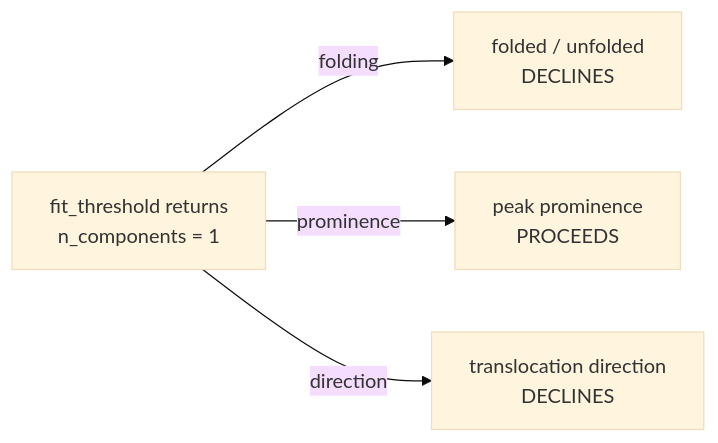
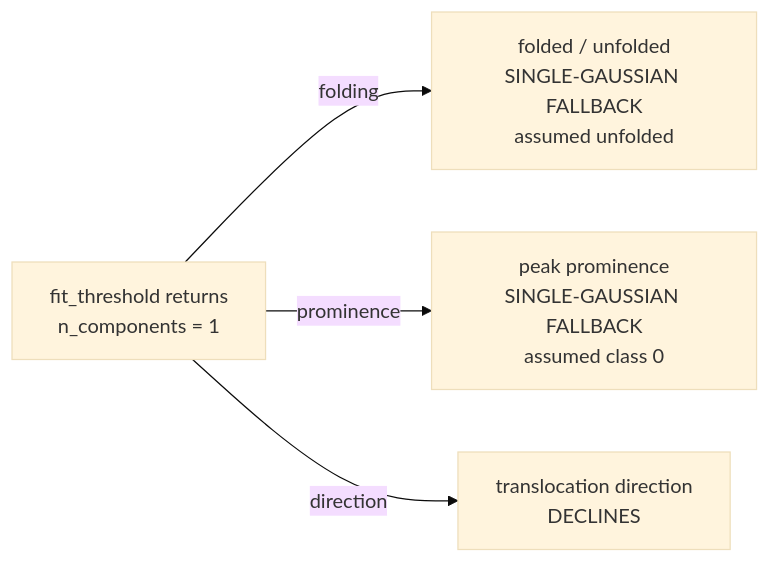
Before and after one commit to TCossaLab/poriscope: the third of 3 diagrams in fit_fallbacks.md, drawn with Mermaid (base theme). The commit also changed other lines of this file and 3 other files, not shown here.

Commit message:
plot overlay error fix and one population folding and prominence fallback

````diff
--- a/fit_fallbacks.md
+++ b/fit_fallbacks.md
@@ -231,6 +231,6 @@
 ```mermaid
 flowchart LR
-    F["fit_threshold returns<br/>n_components = 1"] -->|folding| A["folded / unfolded<br/>DECLINES"]
-    F -->|prominence| B["peak prominence<br/>PROCEEDS"]
+    F["fit_threshold returns<br/>n_components = 1"] -->|folding| A["folded / unfolded<br/>SINGLE-GAUSSIAN FALLBACK<br/>assumed unfolded"]
+    F -->|prominence| B["peak prominence<br/>SINGLE-GAUSSIAN FALLBACK<br/>assumed class 0"]
     F -->|direction| C["translocation direction<br/>DECLINES"]
 ```
````
